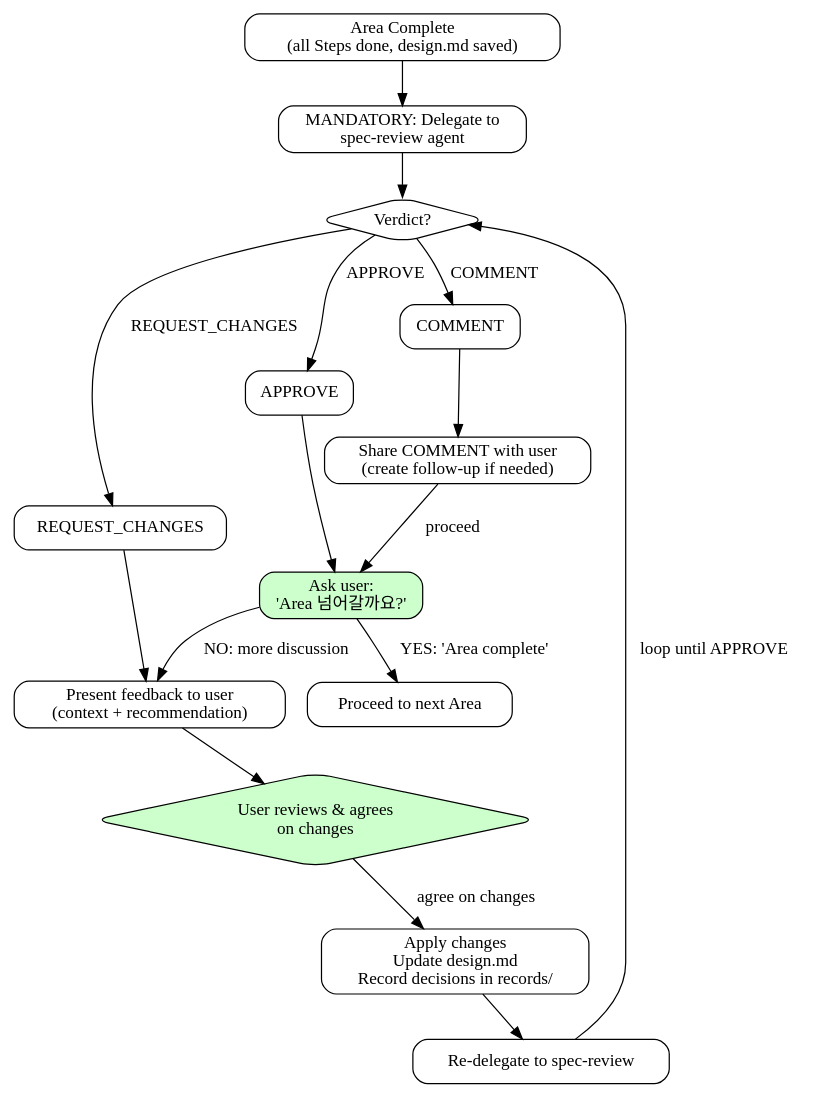
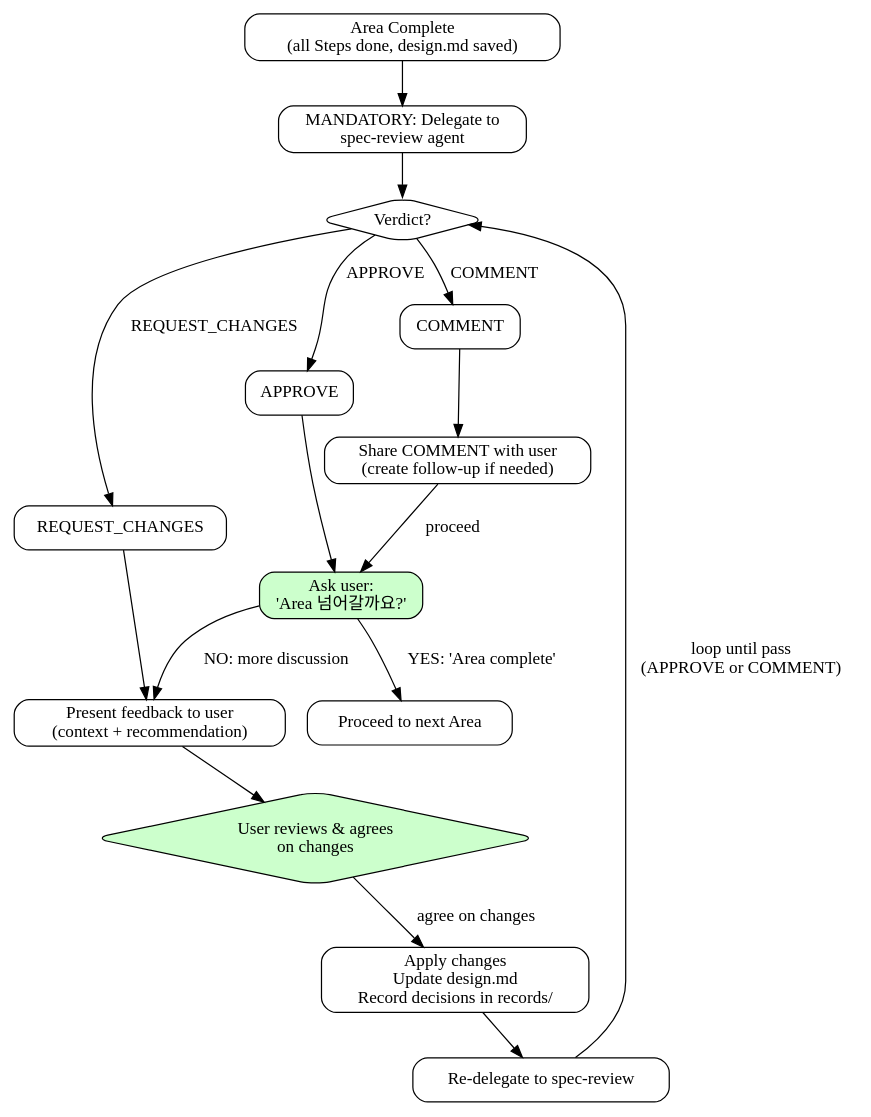
One commit to toongri/oh-my-toong-playground changed the second of 3 diagrams in skills/spec/SKILL.md. Above: the diagram before and after it, drawn with Graphviz. The commit also changed other lines of this file, not shown here.

Commit message:
fix: spec DOT graph 루프 레이블 수정

````diff
--- a/skills/spec/SKILL.md
+++ b/skills/spec/SKILL.md
@@ -659,42 +659,42 @@
 ```dot
 digraph feedback_loop {
     rankdir=TB;
     node [shape=box, style=rounded];
 
     complete_step [label="Area Complete\n(all Steps done, design.md saved)"];
     delegate [label="MANDATORY: Delegate to\nspec-review agent"];
     check_verdict [label="Verdict?", shape=diamond];
 
     approve [label="APPROVE"];
     ask_user [label="Ask user:\n'Area 넘어갈까요?'", style="rounded,filled", fillcolor="#ccffcc"];
     next_area [label="Proceed to next Area"];
 
     request_changes [label="REQUEST_CHANGES"];
     present_feedback [label="Present feedback to user\n(context + recommendation)"];
     user_consensus [label="User reviews & agrees\non changes", shape=diamond, style="rounded,filled", fillcolor="#ccffcc"];
     incorporate [label="Apply changes\nUpdate design.md\nRecord decisions in records/"];
     re_delegate [label="Re-delegate to spec-review"];
 
     comment [label="COMMENT"];
     share_comment [label="Share COMMENT with user\n(create follow-up if needed)"];
 
     complete_step -> delegate;
     delegate -> check_verdict;
 
     check_verdict -> approve [label="APPROVE"];
     approve -> ask_user;
     ask_user -> next_area [label="YES: 'Area complete'"];
     ask_user -> present_feedback [label="NO: more discussion"];
 
     check_verdict -> request_changes [label="REQUEST_CHANGES"];
     request_changes -> present_feedback;
     present_feedback -> user_consensus;
     user_consensus -> incorporate [label="agree on changes"];
     incorporate -> re_delegate;
-    re_delegate -> check_verdict [label="loop until APPROVE"];
+    re_delegate -> check_verdict [label="loop until pass\n(APPROVE or COMMENT)"];
 
     check_verdict -> comment [label="COMMENT"];
     comment -> share_comment;
     share_comment -> ask_user [label="proceed"];
 }
 ```
````
